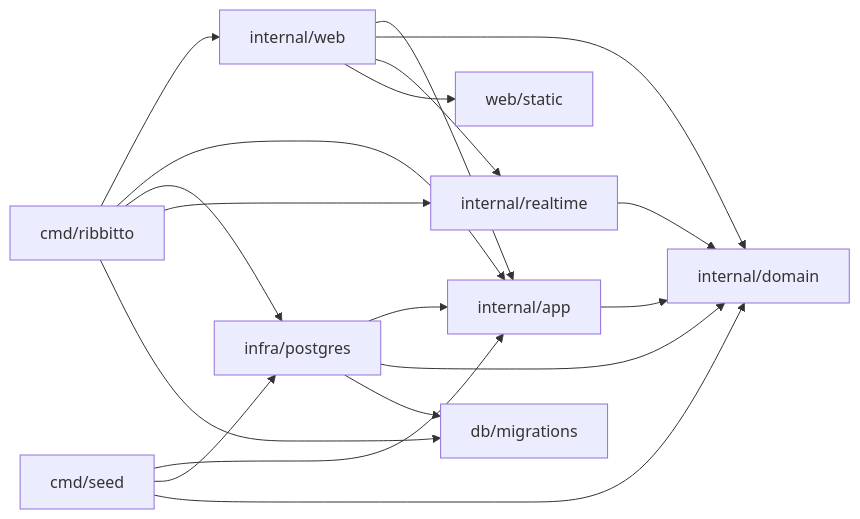
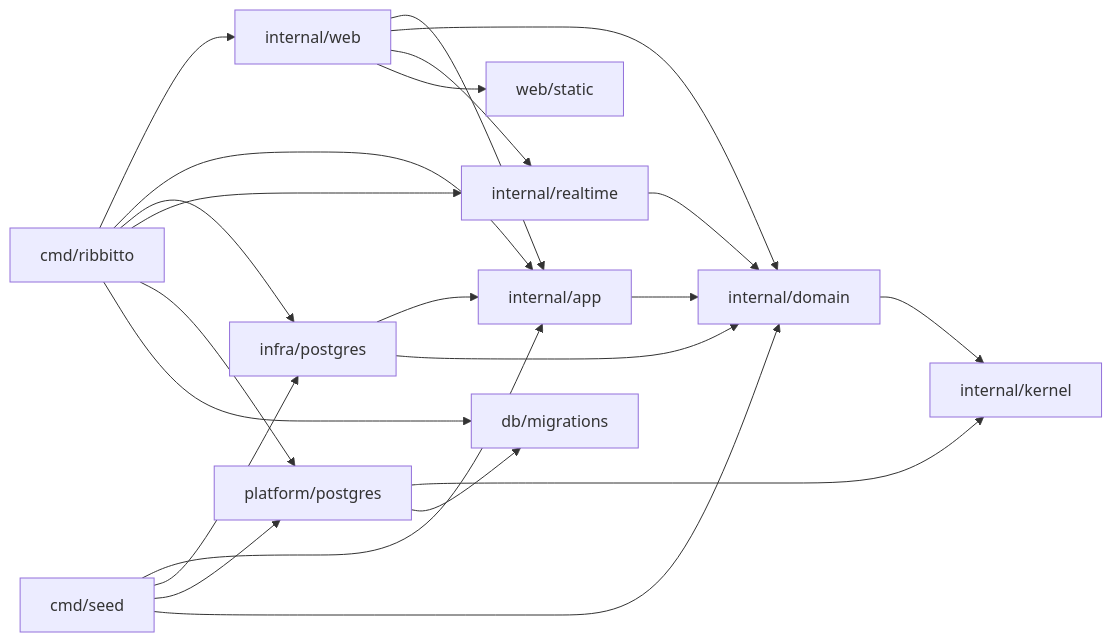
The diagram in docs/architecture/packages.md (tkakkie/ribbitto), drawn with Mermaid before and after one commit. The commit also changed other lines of this file and 24 other files, not shown here.

First line of the commit message:
refactor: create the kernel and move the pool and migrations to platform

````diff
--- a/docs/architecture/packages.md
+++ b/docs/architecture/packages.md
@@ -49,9 +54,11 @@
 ```mermaid
 flowchart LR
-  cmd[cmd/ribbitto] --> web & app & postgres[infra/postgres] & realtime & migrations[db/migrations]
-  seed[cmd/seed] --> app & postgres & domain
+  cmd[cmd/ribbitto] --> web & app & postgres[infra/postgres] & realtime & platform[platform/postgres] & migrations[db/migrations]
+  seed[cmd/seed] --> app & postgres & platform & domain
   web[internal/web] --> app & domain & realtime & static[web/static]
-  postgres --> app & domain & migrations
+  postgres --> app & domain
   realtime[internal/realtime] --> domain
   app[internal/app] --> domain[internal/domain]
+  domain --> kernel[internal/kernel]
+  platform --> kernel & migrations
 ```
````
